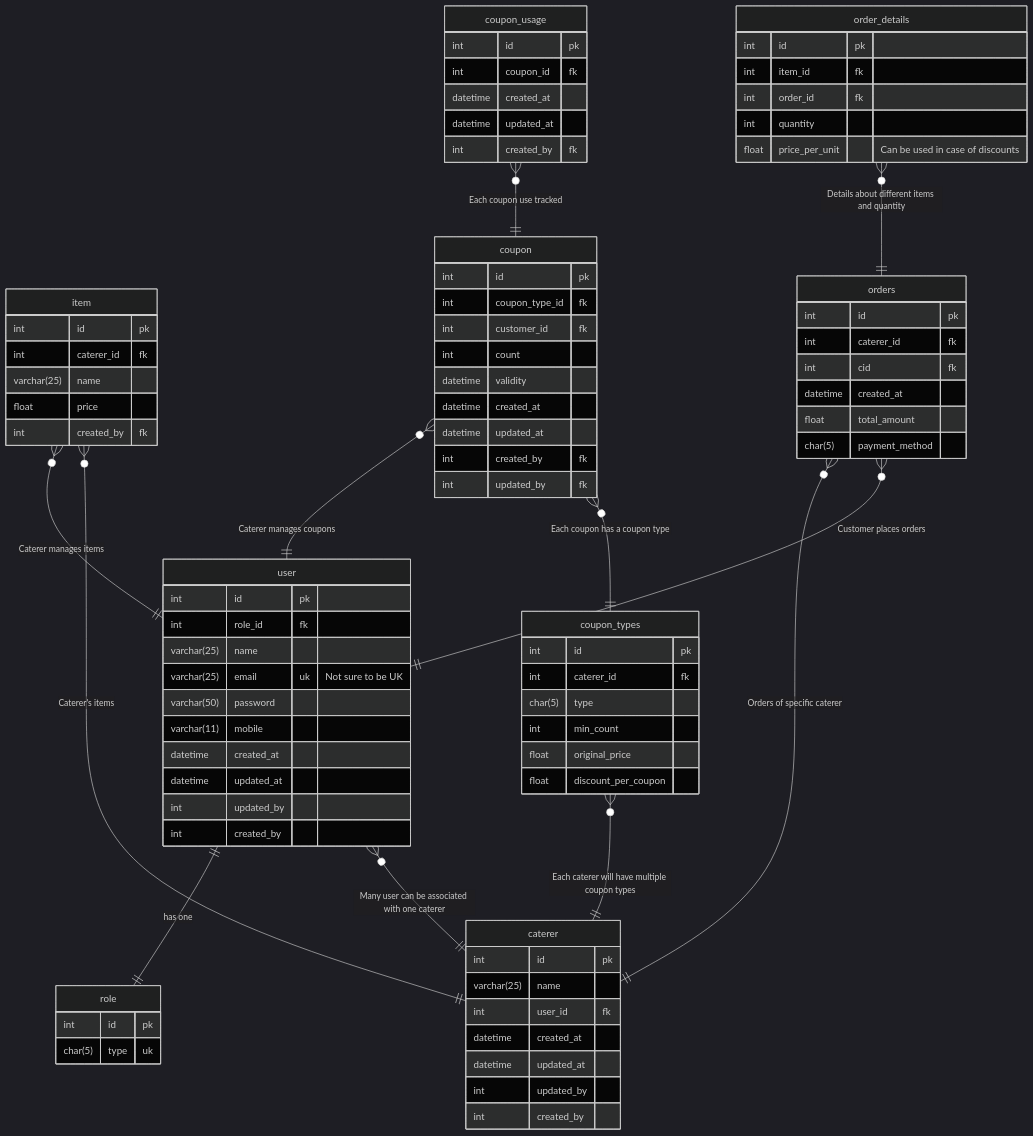
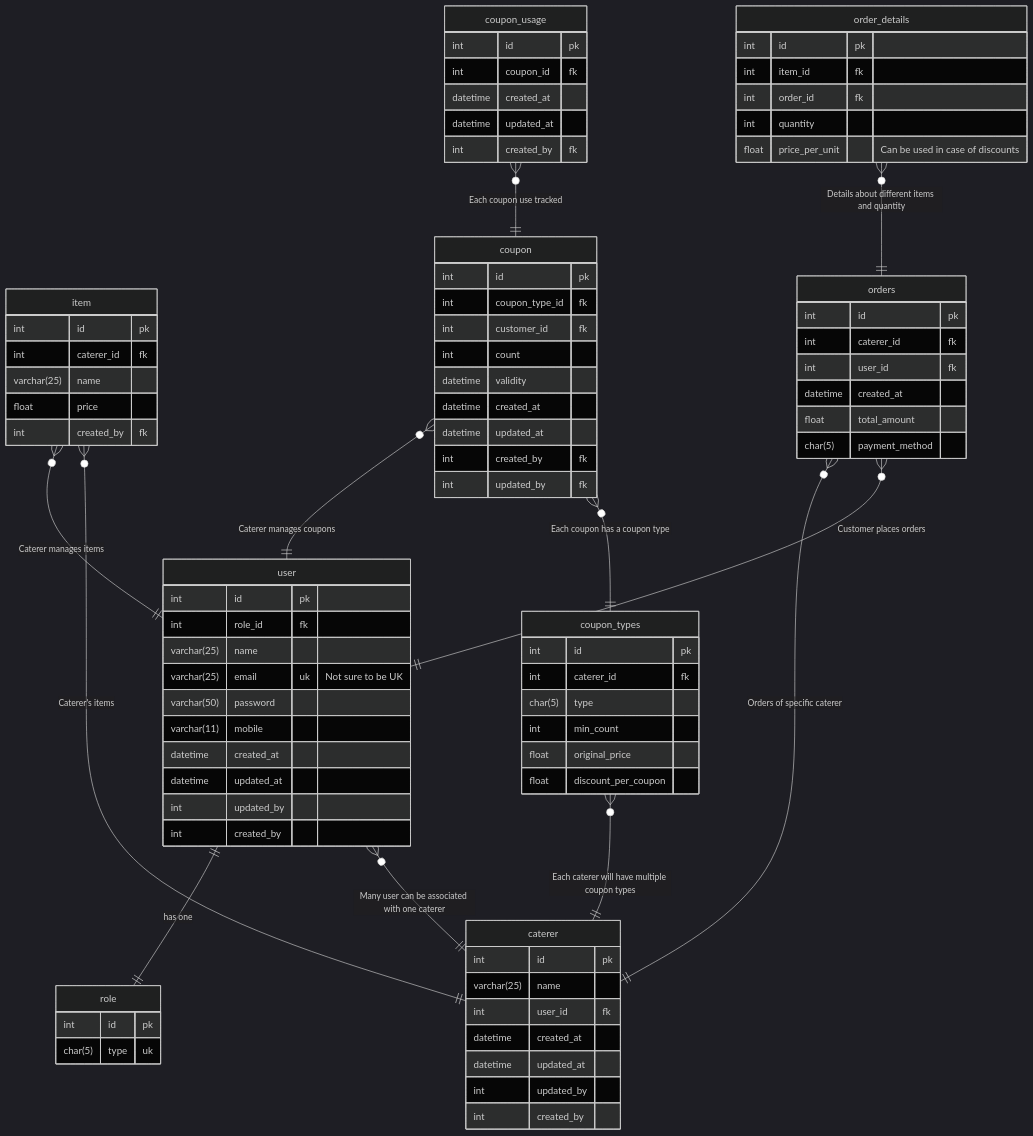
One commit to devnev39/cms-all changed the diagram in meta/er/er.md. Above: the diagram before and after it, drawn with Mermaid (dark theme).

Commit message:
fix: updated orders table

```diff
--- a/meta/er/er.md
+++ b/meta/er/er.md
@@ -60,7 +60,7 @@
     orders {
         int id pk
         int caterer_id fk
-        int cid fk
+        int user_id fk
         %% int item_id fk
         datetime created_at
         float total_amount
```
